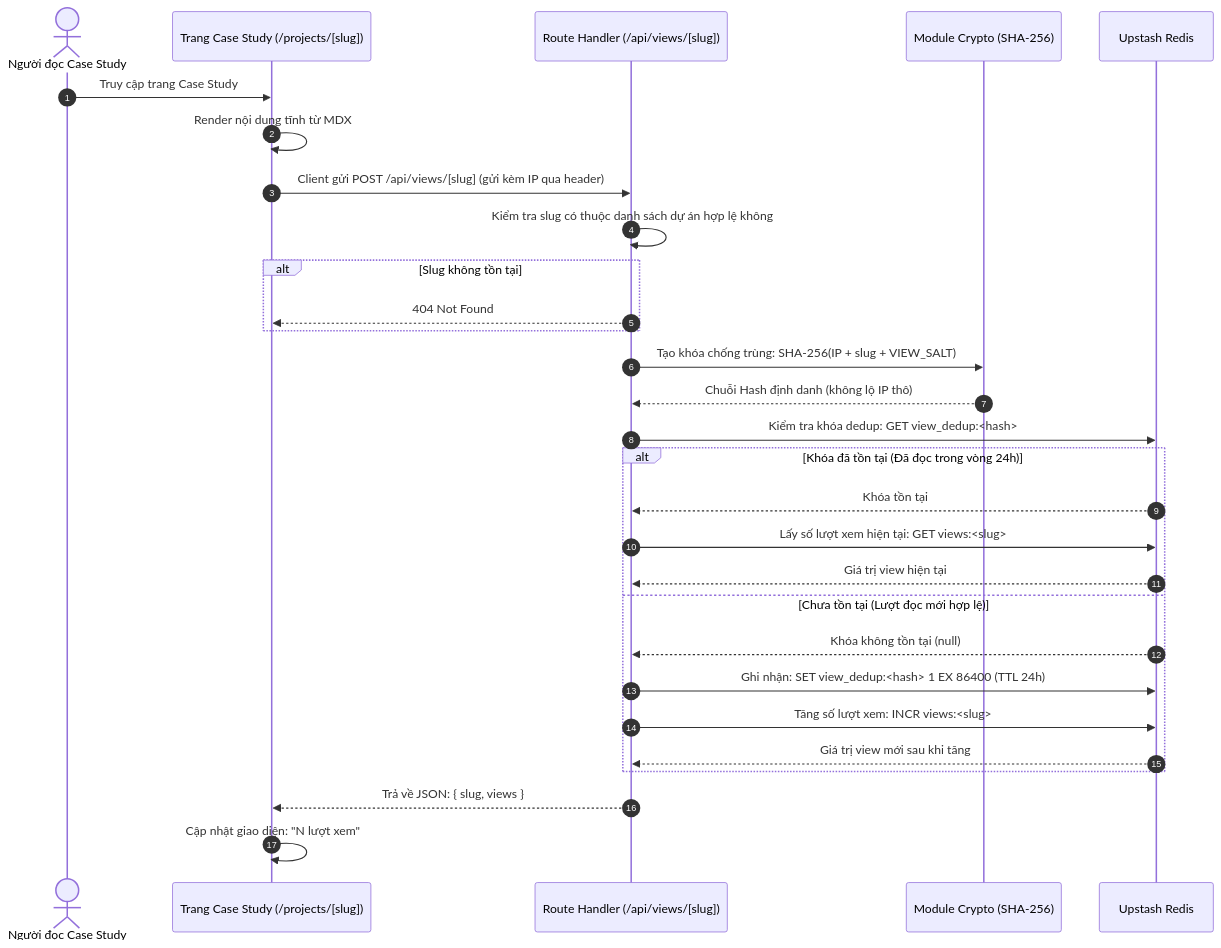
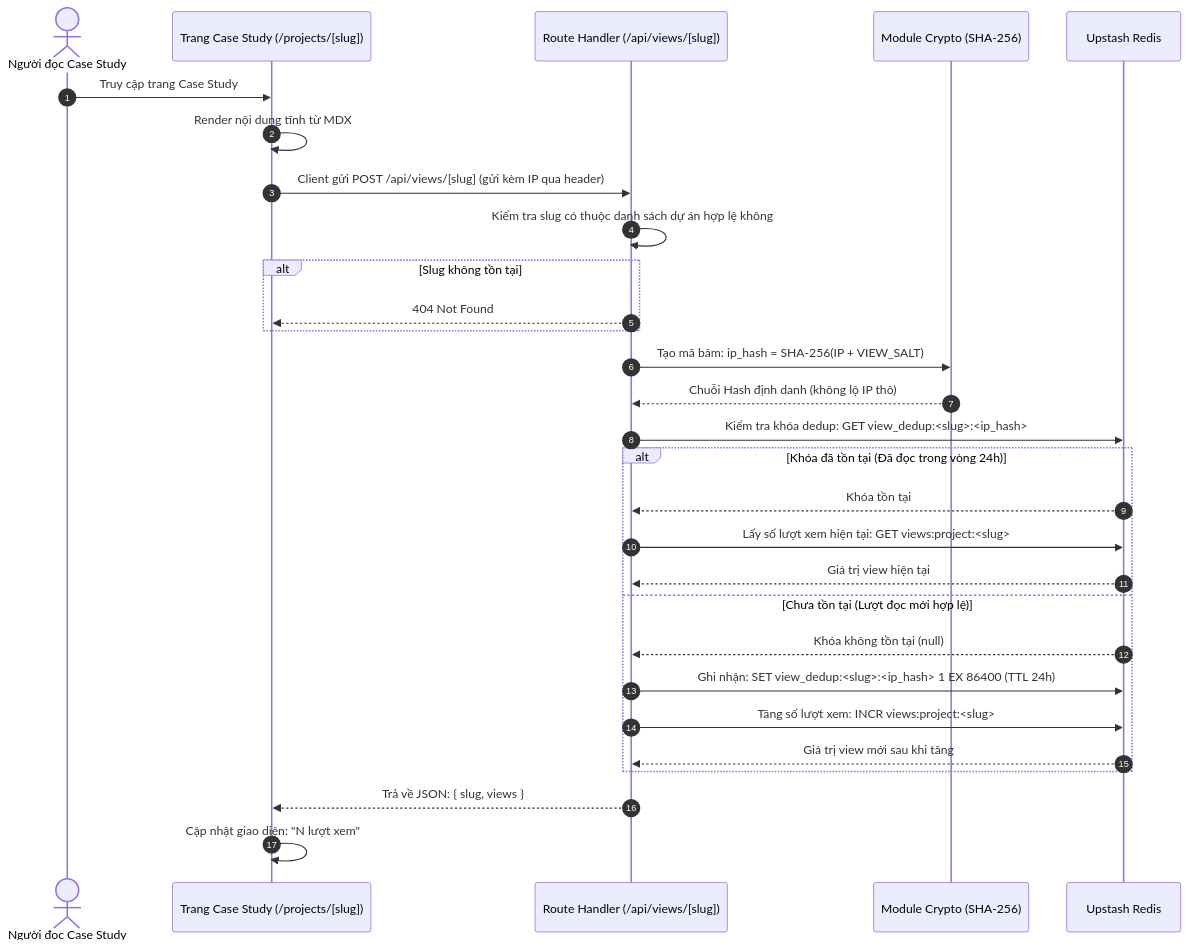
One commit to NgQKhanh2906/portfolio changed the third of 5 diagrams in docs/architecture.md. Above: the diagram before and after it, drawn with Mermaid. The commit also changed other lines of this file and 78 other files, not shown here.

````diff
--- a/docs/architecture.md
+++ b/docs/architecture.md
@@ -149,36 +149,36 @@
 ```mermaid
 sequenceDiagram
     autonumber
     actor Reader as Người đọc Case Study
     participant Page as Trang Case Study (/projects/[slug])
     participant ViewAPI as Route Handler (/api/views/[slug])
     participant Crypto as Module Crypto (SHA-256)
     participant Redis as Upstash Redis
 
     Reader->>Page: Truy cập trang Case Study
     Page->>Page: Render nội dung tĩnh từ MDX
     Page->>ViewAPI: Client gửi POST /api/views/[slug] (gửi kèm IP qua header)
     
     ViewAPI->>ViewAPI: Kiểm tra slug có thuộc danh sách dự án hợp lệ không
     alt Slug không tồn tại
         ViewAPI-->>Page: 404 Not Found
     end
 
-    ViewAPI->>Crypto: Tạo khóa chống trùng: SHA-256(IP + slug + VIEW_SALT)
+    ViewAPI->>Crypto: Tạo mã băm: ip_hash = SHA-256(IP + VIEW_SALT)
     Crypto-->>ViewAPI: Chuỗi Hash định danh (không lộ IP thô)
     
-    ViewAPI->>Redis: Kiểm tra khóa dedup: GET view_dedup:<hash>
+    ViewAPI->>Redis: Kiểm tra khóa dedup: GET view_dedup:<slug>:<ip_hash>
     alt Khóa đã tồn tại (Đã đọc trong vòng 24h)
         Redis-->>ViewAPI: Khóa tồn tại
-        ViewAPI->>Redis: Lấy số lượt xem hiện tại: GET views:<slug>
+        ViewAPI->>Redis: Lấy số lượt xem hiện tại: GET views:project:<slug>
         Redis-->>ViewAPI: Giá trị view hiện tại
     else Chưa tồn tại (Lượt đọc mới hợp lệ)
         Redis-->>ViewAPI: Khóa không tồn tại (null)
-        ViewAPI->>Redis: Ghi nhận: SET view_dedup:<hash> 1 EX 86400 (TTL 24h)
-        ViewAPI->>Redis: Tăng số lượt xem: INCR views:<slug>
+        ViewAPI->>Redis: Ghi nhận: SET view_dedup:<slug>:<ip_hash> 1 EX 86400 (TTL 24h)
+        ViewAPI->>Redis: Tăng số lượt xem: INCR views:project:<slug>
         Redis-->>ViewAPI: Giá trị view mới sau khi tăng
     end
 
     ViewAPI-->>Page: Trả về JSON: { slug, views }
     Page->>Page: Cập nhật giao diện: "N lượt xem"
 ```
````
